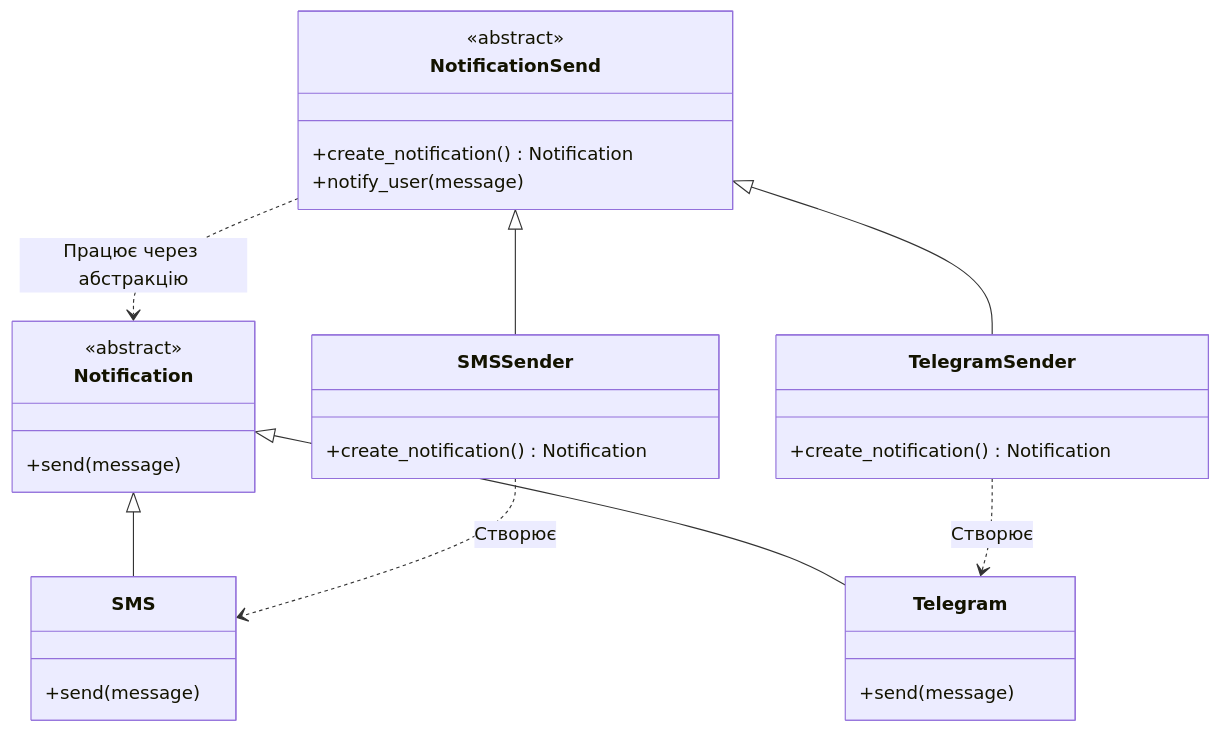
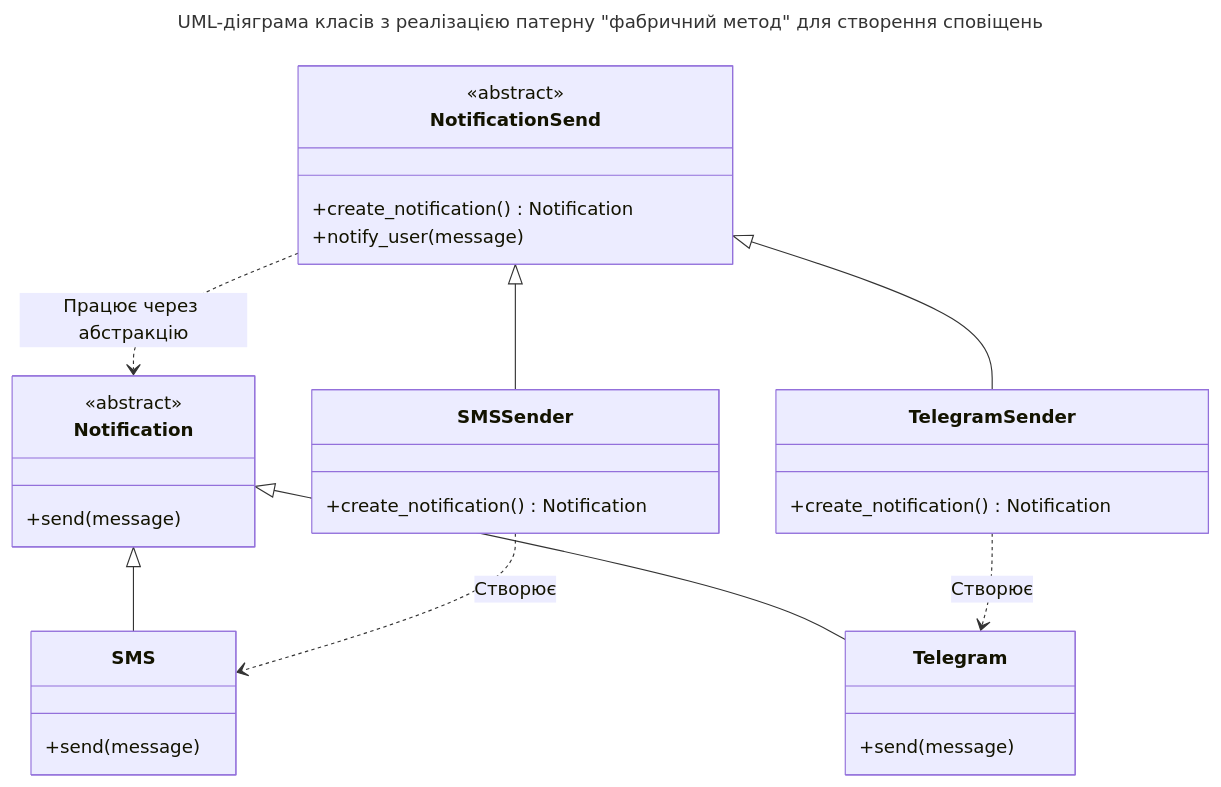
Before and after one commit to Anaziiii/top-kh-2026: the diagram in danylo-kudla/lab12/lab12.md, drawn with Mermaid. The commit also changed other lines of this file, not shown here.

````diff
--- a/danylo-kudla/lab12/lab12.md
+++ b/danylo-kudla/lab12/lab12.md
@@ -23,37 +27,40 @@
 ```mermaid
+---
+title: UML-діяграма класів з реалізацією патерну "фабричний метод" для створення сповіщень
+---
 classDiagram
     direction TB
 
     class Notification {
         <<abstract>>
         +send(message)
     }
     class SMS {
         +send(message)
     }
     class Telegram {
         +send(message)
     }
     
     class NotificationSend {
         <<abstract>>
         +create_notification() Notification
         +notify_user(message)
     }
     class SMSSender {
         +create_notification() Notification
     }
     class TelegramSender {
         +create_notification() Notification
     }
 
     NotificationSend ..> Notification : Працює через абстракцію
     
     NotificationSend <|-- SMSSender
     NotificationSend <|-- TelegramSender
     Notification <|-- SMS
     Notification <|-- Telegram
 
     SMSSender ..> SMS : Створює
     TelegramSender ..> Telegram : Створює
 ```
````
